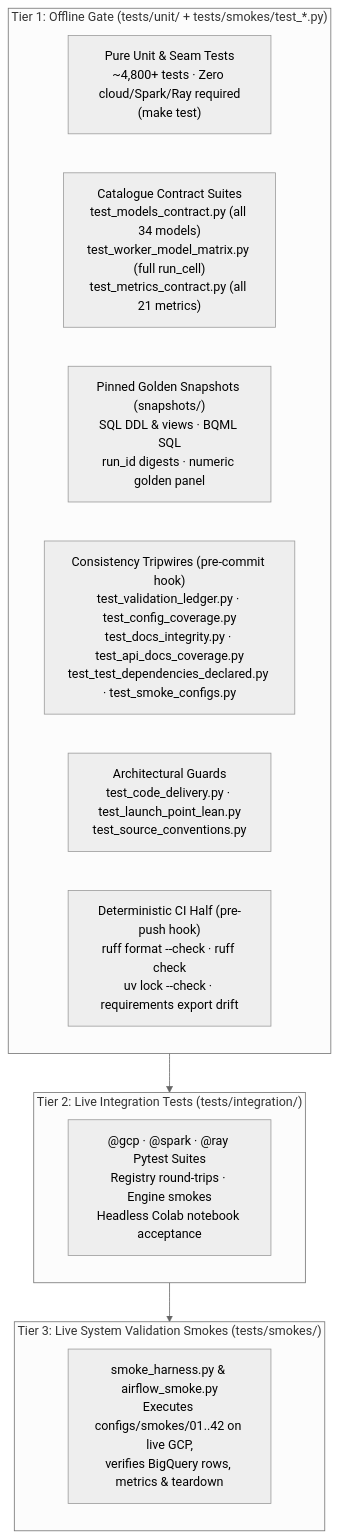
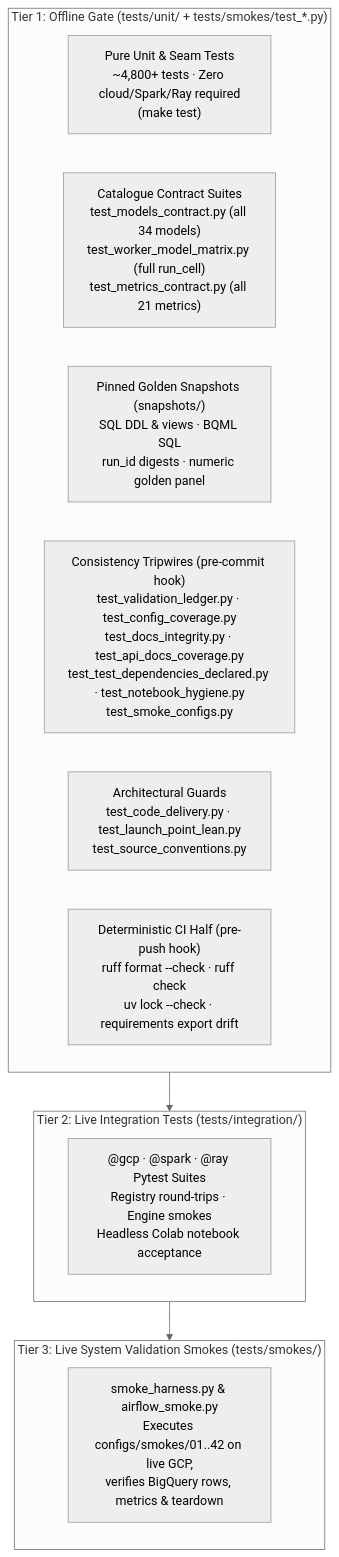
Before and after one commit to statmike/scale-forecasting: the diagram in tests/README.md, drawn with Mermaid (neutral theme). The commit also changed other lines of this file and 20 other files, not shown here.

First line of the commit message:
fix(hygiene): F.0 truth & hygiene — scrub persisted notebook leaks at the source, add two tripwires

````diff
--- a/tests/README.md
+++ b/tests/README.md
@@ -5,22 +5,22 @@
 ```mermaid
 flowchart TB
     subgraph offline["Tier 1: Offline Gate (tests/unit/ + tests/smokes/test_*.py)"]
         direction LR
         unit["Pure Unit & Seam Tests<br/>~4,800+ tests · Zero cloud/Spark/Ray required<br/>(make test)"]
         contracts["Catalogue Contract Suites<br/>test_models_contract.py (all 34 models)<br/>test_worker_model_matrix.py (full run_cell)<br/>test_metrics_contract.py (all 21 metrics)"]
         snaps["Pinned Golden Snapshots (snapshots/)<br/>SQL DDL & views · BQML SQL<br/>run_id digests · numeric golden panel"]
-        trips["Consistency Tripwires (pre-commit hook)<br/>test_validation_ledger.py · test_config_coverage.py<br/>test_docs_integrity.py · test_api_docs_coverage.py<br/>test_test_dependencies_declared.py · test_smoke_configs.py"]
+        trips["Consistency Tripwires (pre-commit hook)<br/>test_validation_ledger.py · test_config_coverage.py<br/>test_docs_integrity.py · test_api_docs_coverage.py<br/>test_test_dependencies_declared.py · test_notebook_hygiene.py<br/>test_smoke_configs.py"]
         guards["Architectural Guards<br/>test_code_delivery.py · test_launch_point_lean.py<br/>test_source_conventions.py"]
         push["Deterministic CI Half (pre-push hook)<br/>ruff format --check · ruff check<br/>uv lock --check · requirements export drift"]
     end
 
     subgraph integ["Tier 2: Live Integration Tests (tests/integration/)"]
         it["@gcp · @spark · @ray Pytest Suites<br/>Registry round-trips · Engine smokes<br/>Headless Colab notebook acceptance"]
     end
 
     subgraph smokes["Tier 3: Live System Validation Smokes (tests/smokes/)"]
         sh["smoke_harness.py & airflow_smoke.py<br/>Executes configs/smokes/01..42 on live GCP,<br/>verifies BigQuery rows, metrics & teardown"]
     end
 
     offline --> integ --> smokes
 ```
````
